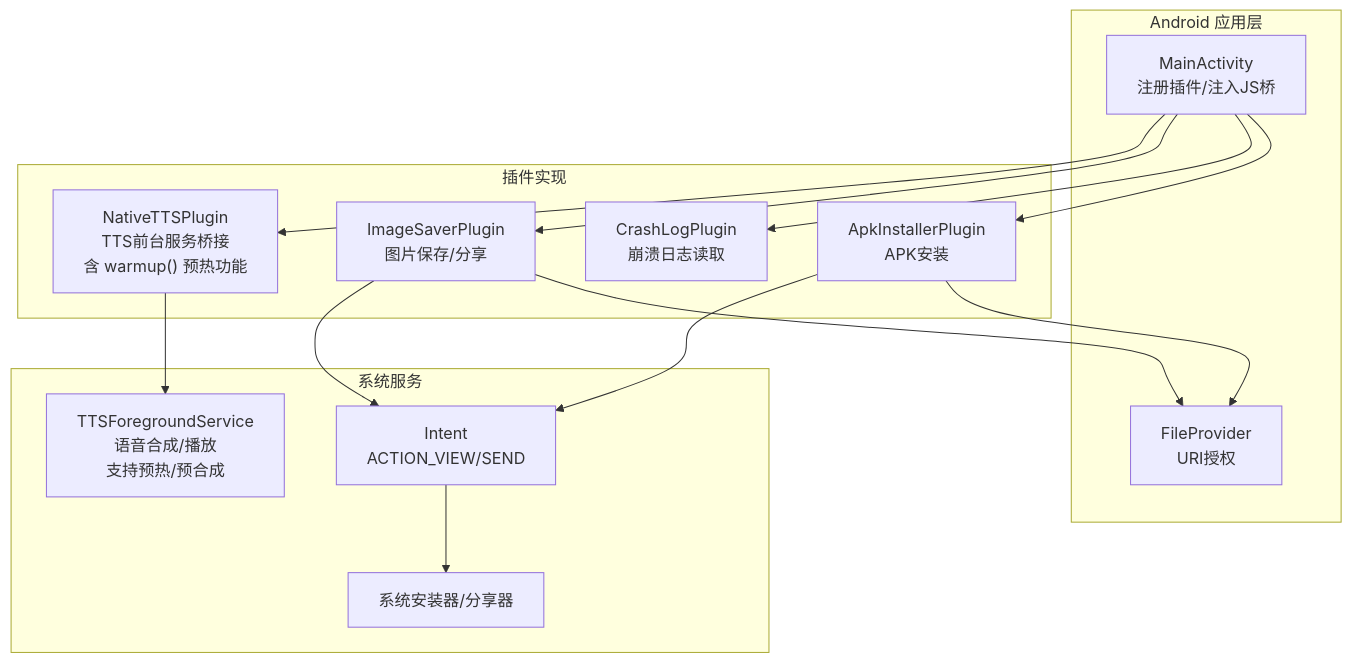
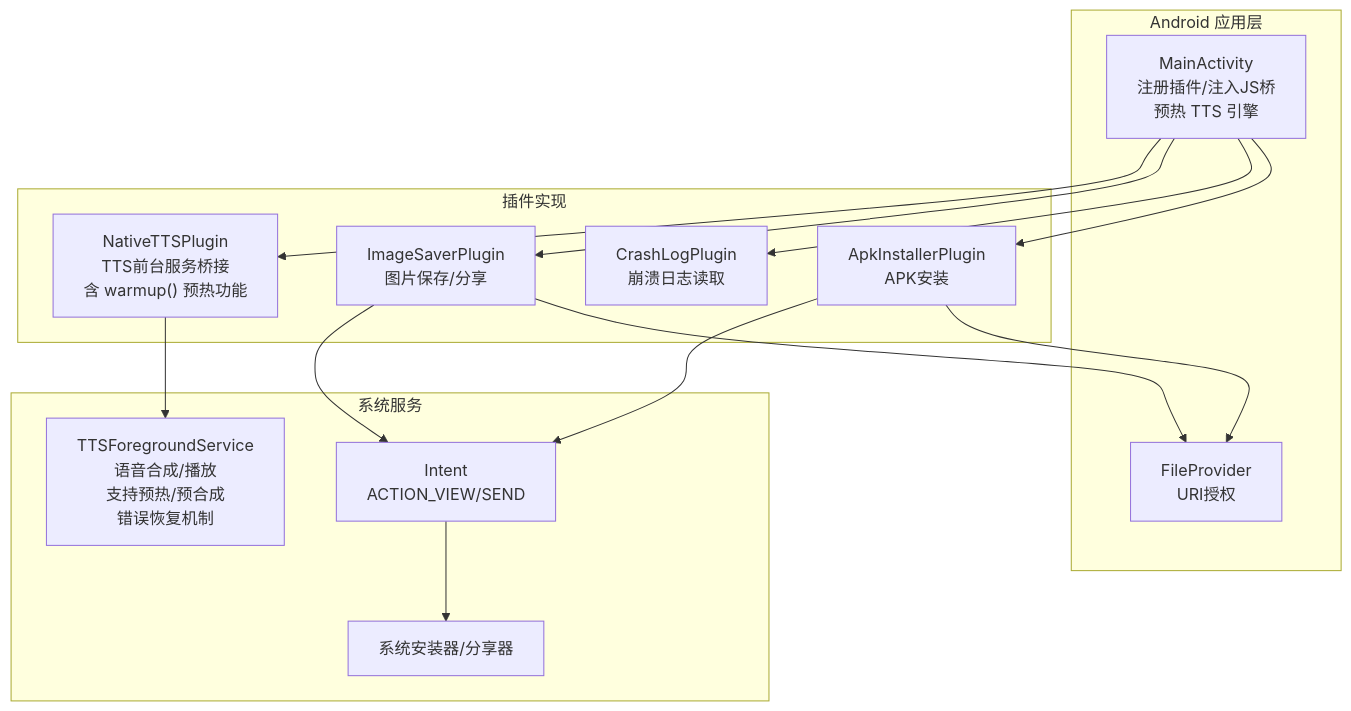
Before and after one commit to zhao-zg/cx: the first of 7 diagrams in .qoder/repowiki/zh/content/移动应用开发/插件系统.md, drawn with Mermaid. The commit also changed other lines of this file and 33 other files, not shown here.

````diff
--- a/.qoder/repowiki/zh/content/移动应用开发/插件系统.md
+++ b/.qoder/repowiki/zh/content/移动应用开发/插件系统.md
@@ -45,28 +48,28 @@
 ```mermaid
 graph TB
 subgraph "Android 应用层"
-MA["MainActivity<br/>注册插件/注入JS桥"]
+MA["MainActivity<br/>注册插件/注入JS桥<br/>预热 TTS 引擎"]
 FS["FileProvider<br/>URI授权"]
 end
 subgraph "插件实现"
 AP["ApkInstallerPlugin<br/>APK安装"]
 CL["CrashLogPlugin<br/>崩溃日志读取"]
 IS["ImageSaverPlugin<br/>图片保存/分享"]
 NT["NativeTTSPlugin<br/>TTS前台服务桥接<br/>含 warmup() 预热功能"]
 end
 subgraph "系统服务"
 INT["Intent<br/>ACTION_VIEW/SEND"]
-SVC["TTSForegroundService<br/>语音合成/播放<br/>支持预热/预合成"]
+SVC["TTSForegroundService<br/>语音合成/播放<br/>支持预热/预合成<br/>错误恢复机制"]
 SYS["系统安装器/分享器"]
 end
 MA --> AP
 MA --> CL
 MA --> IS
 MA --> NT
 AP --> FS
 IS --> FS
 AP --> INT
 IS --> INT
 NT --> SVC
 INT --> SYS
 ```
````
